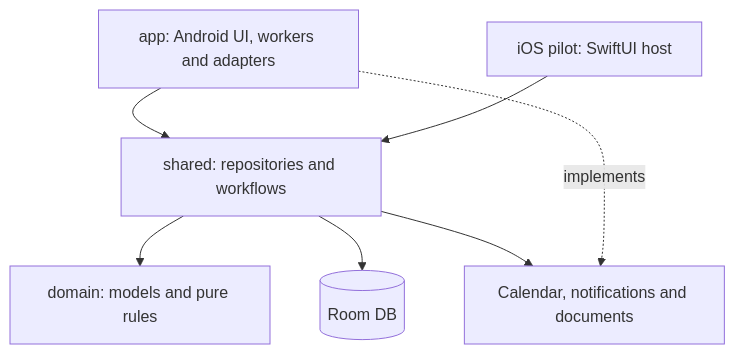
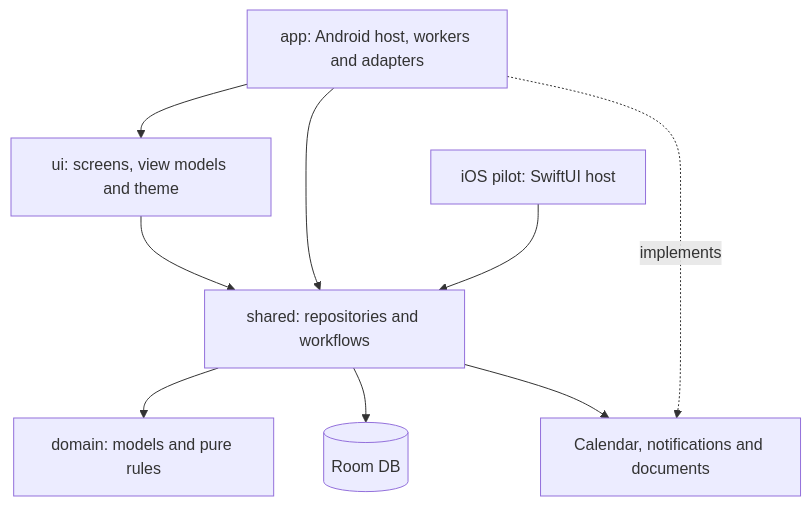
One commit to seblful/tutoring-app changed the diagram in docs/architecture.md. Above: the diagram before and after it, drawn with Mermaid. The commit also changed other lines of this file and 326 other files, not shown here.

````diff
--- a/docs/architecture.md
+++ b/docs/architecture.md
@@ -10,9 +11,11 @@
 ```mermaid
 flowchart TB
-    App["app: Android UI, workers and adapters"] --> Shared["shared: repositories and workflows"]
+    App["app: Android host, workers and adapters"] --> Ui["ui: screens, view models and theme"]
+    Ui --> Shared["shared: repositories and workflows"]
+    App --> Shared
     Ios["iOS pilot: SwiftUI host"] --> Shared
     Shared --> Domain["domain: models and pure rules"]
     Shared --> Room[(Room DB)]
     Shared --> Ports[Calendar, notifications and documents]
     App -. implements .-> Ports
 ```
````
